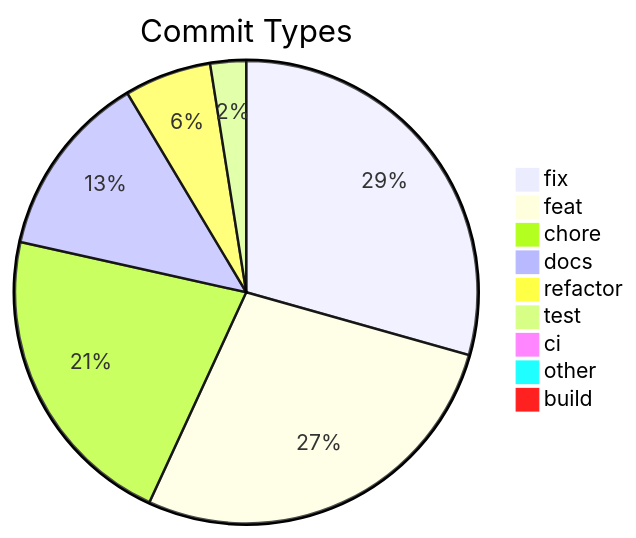
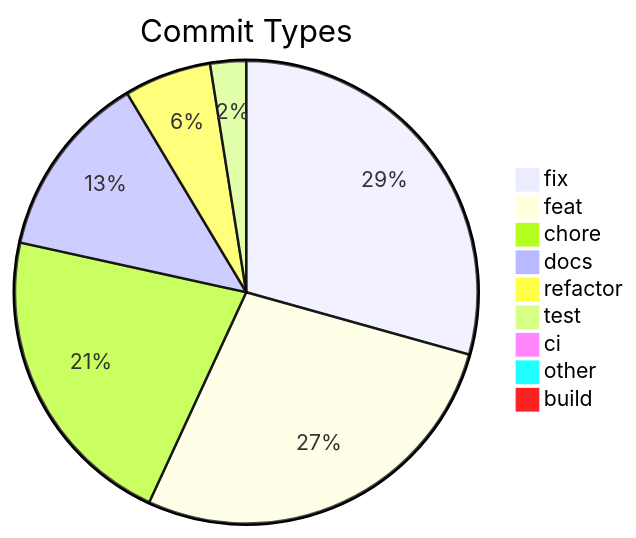
The diagram in .shipwright/compliance/change-history.md (svenroth-ai/shipwright), drawn with Mermaid before and after one commit. The commit also changed other lines of this file and 17 other files, not shown here.

````diff
--- a/.shipwright/compliance/change-history.md
+++ b/.shipwright/compliance/change-history.md
@@ -8,12 +8,12 @@
 ```mermaid
 pie title Commit Types
-    "fix" : 329
+    "fix" : 328
     "feat" : 308
-    "chore" : 242
+    "chore" : 241
     "docs" : 145
     "refactor" : 68
     "test" : 28
     "ci" : 11
     "other" : 9
     "build" : 1
 ```
````
